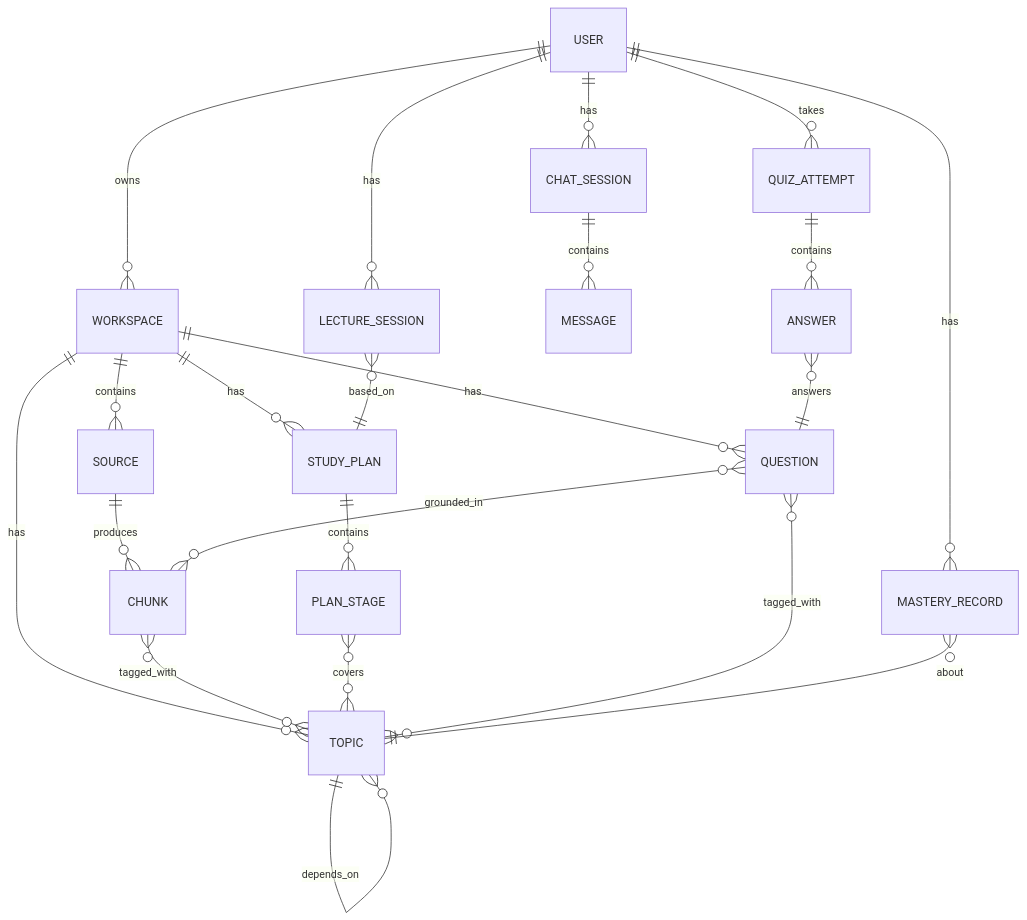
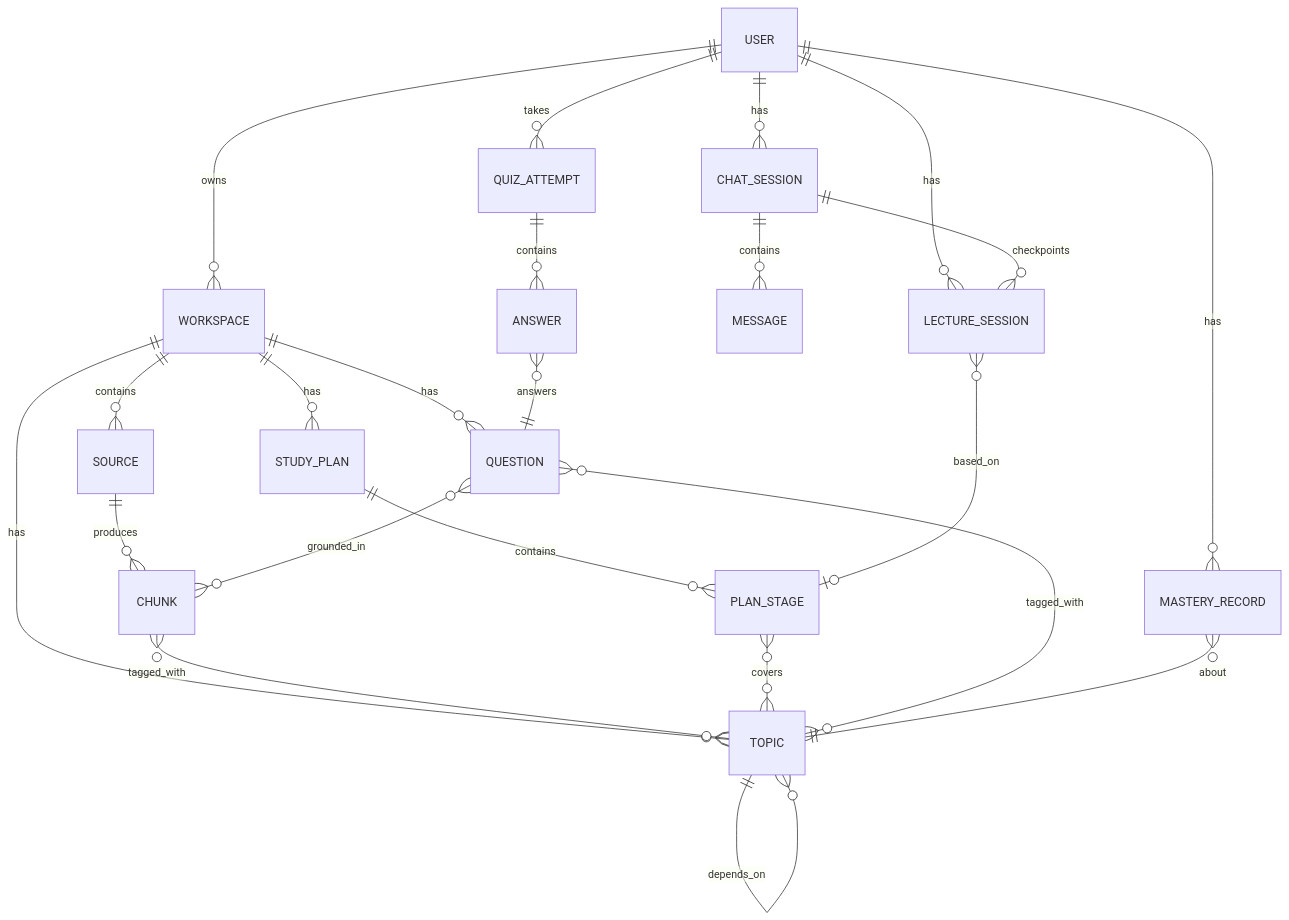
The diagram in docs/04-data-model.md (Shengyuan-Liu/teacher-agent), drawn with Mermaid before and after one commit. The commit also changed other lines of this file and 31 other files, not shown here.

````diff
--- a/docs/04-data-model.md
+++ b/docs/04-data-model.md
@@ -7,30 +7,31 @@
 ```mermaid
 erDiagram
     USER ||--o{ WORKSPACE : owns
     WORKSPACE ||--o{ SOURCE : contains
     SOURCE ||--o{ CHUNK : produces
     WORKSPACE ||--o{ TOPIC : has
     TOPIC ||--o{ TOPIC : depends_on
     CHUNK }o--o{ TOPIC : tagged_with
 
     WORKSPACE ||--o{ STUDY_PLAN : has
     STUDY_PLAN ||--o{ PLAN_STAGE : contains
     PLAN_STAGE }o--o{ TOPIC : covers
 
     WORKSPACE ||--o{ QUESTION : has
     QUESTION }o--o{ TOPIC : tagged_with
     QUESTION }o--o{ CHUNK : grounded_in
 
     USER ||--o{ QUIZ_ATTEMPT : takes
     QUIZ_ATTEMPT ||--o{ ANSWER : contains
     ANSWER }o--|| QUESTION : answers
 
     USER ||--o{ CHAT_SESSION : has
     CHAT_SESSION ||--o{ MESSAGE : contains
 
     USER ||--o{ LECTURE_SESSION : has
-    LECTURE_SESSION }o--|| STUDY_PLAN : based_on
+    CHAT_SESSION ||--o{ LECTURE_SESSION : checkpoints
+    LECTURE_SESSION }o--o| PLAN_STAGE : based_on
 
     USER ||--o{ MASTERY_RECORD : has
     MASTERY_RECORD }o--|| TOPIC : about
 ```
````
